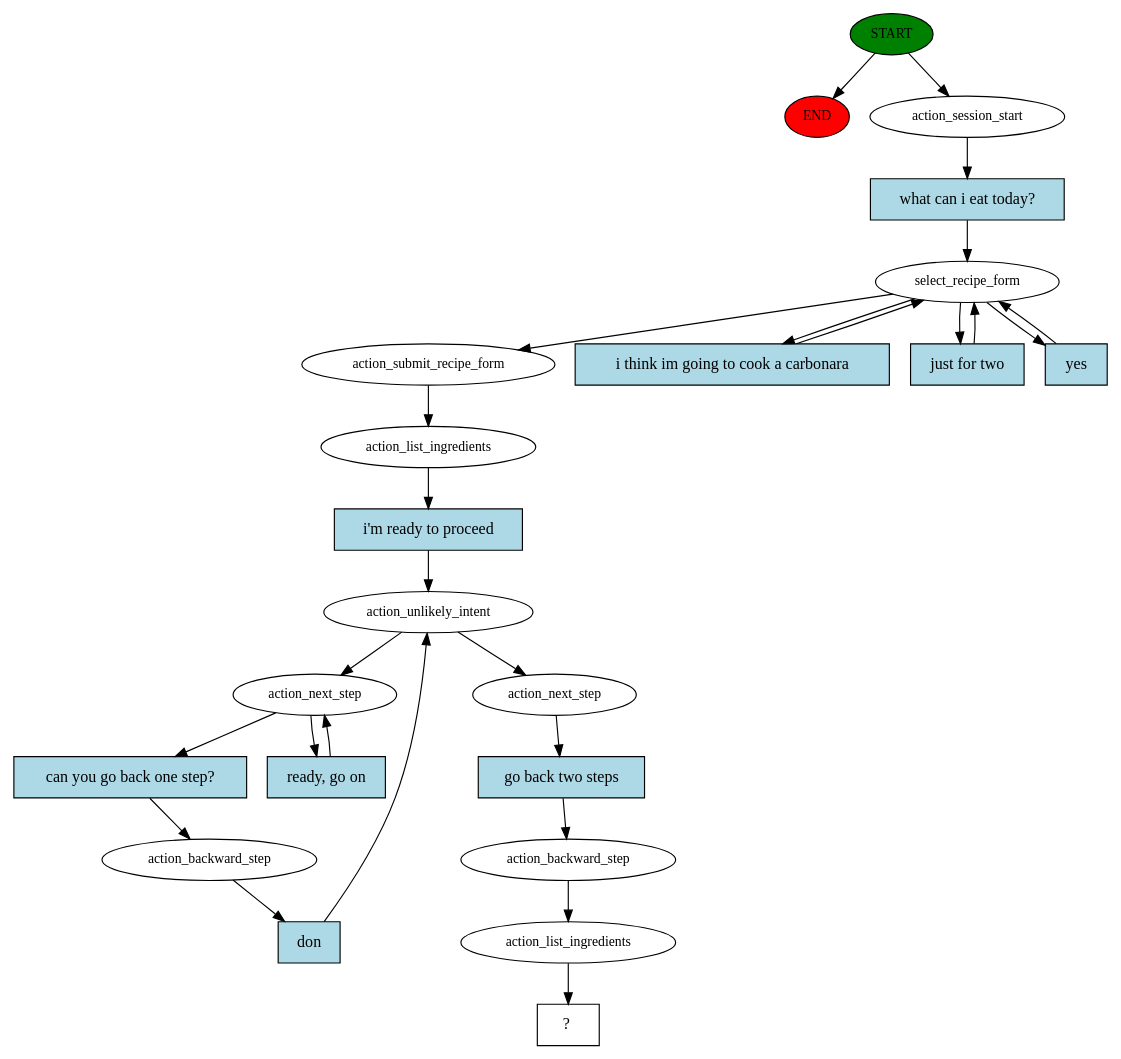
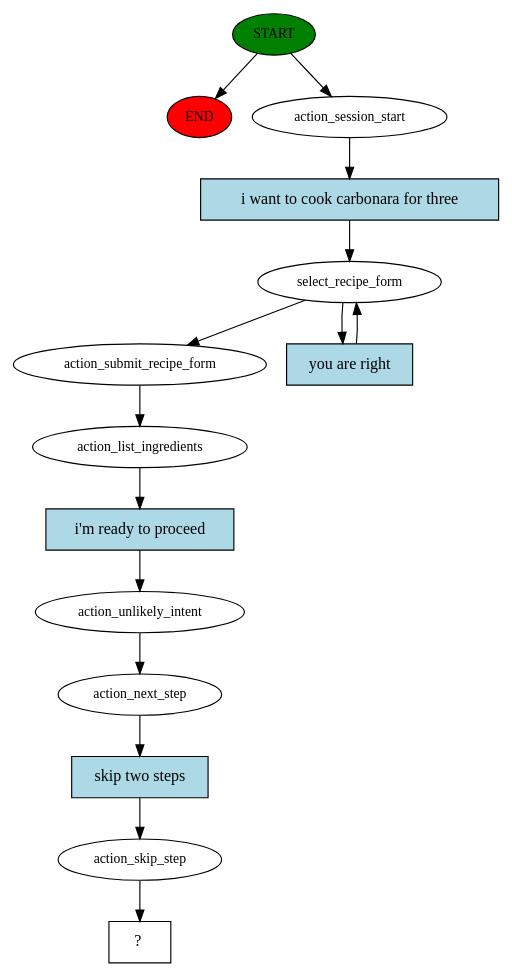
The diagram in story_graph.dot (anrigo/cooking-assistant-hmd), drawn with Graphviz before and after one commit. The commit also changed 5 other files, not shown here.

Commit message:
Skip step functionality

```diff
--- a/story_graph.dot
+++ b/story_graph.dot
@@ -1,50 +1,30 @@
 digraph  {
 0 [class="start active", fillcolor=green, fontsize=12, label=START, style=filled];
 "-1" [class=end, fillcolor=red, fontsize=12, label=END, style=filled];
 1 [class=active, fontsize=12, label=action_session_start];
 2 [class=active, fontsize=12, label=select_recipe_form];
-6 [class=active, fontsize=12, label=action_submit_recipe_form];
-7 [class=active, fontsize=12, label=action_list_ingredients];
-8 [class=active, fontsize=12, label=action_unlikely_intent];
-9 [class=active, fontsize=12, label=action_next_step];
-11 [class=active, fontsize=12, label=action_backward_step];
-13 [class=active, fontsize=12, label=action_next_step];
-14 [class=active, fontsize=12, label=action_backward_step];
-15 [class=active, fontsize=12, label=action_list_ingredients];
-16 [class="intent dashed active", label="  ?  ", shape=rect];
-17 [class="intent active", fillcolor=lightblue, label="what can i eat today?", shape=rect, style=filled];
-18 [class="intent active", fillcolor=lightblue, label="i think im going to cook a carbonara", shape=rect, style=filled];
-19 [class="intent active", fillcolor=lightblue, label="just for two", shape=rect, style=filled];
-20 [class="intent active", fillcolor=lightblue, label=yes, shape=rect, style=filled];
-21 [class="intent active", fillcolor=lightblue, label="i'm ready to proceed", shape=rect, style=filled];
-22 [class="intent active", fillcolor=lightblue, label="can you go back one step?", shape=rect, style=filled];
-23 [class="intent active", fillcolor=lightblue, label="ready, go on", shape=rect, style=filled];
-24 [class="intent active", fillcolor=lightblue, label=don, shape=rect, style=filled];
-25 [class="intent active", fillcolor=lightblue, label="go back two steps", shape=rect, style=filled];
+4 [class=active, fontsize=12, label=action_submit_recipe_form];
+5 [class=active, fontsize=12, label=action_list_ingredients];
+6 [class=active, fontsize=12, label=action_unlikely_intent];
+7 [class=active, fontsize=12, label=action_next_step];
+8 [class=active, fontsize=12, label=action_skip_step];
+9 [class="intent dashed active", label="  ?  ", shape=rect];
+10 [class="intent active", fillcolor=lightblue, label="i want to cook carbonara for three", shape=rect, style=filled];
+11 [class="intent active", fillcolor=lightblue, label="you are right", shape=rect, style=filled];
+12 [class="intent active", fillcolor=lightblue, label="i'm ready to proceed", shape=rect, style=filled];
+13 [class="intent active", fillcolor=lightblue, label="skip two steps", shape=rect, style=filled];
 0 -> "-1"  [class="", key=NONE, label=""];
 0 -> 1  [class=active, key=NONE, label=""];
-1 -> 17  [class=active, key=0];
-2 -> 6  [class=active, key=NONE, label=""];
-2 -> 18  [class=active, key=0];
-2 -> 19  [class=active, key=0];
-2 -> 20  [class=active, key=0];
+1 -> 10  [class=active, key=0];
+2 -> 4  [class=active, key=NONE, label=""];
+2 -> 11  [class=active, key=0];
+4 -> 5  [class=active, key=NONE, label=""];
+5 -> 12  [class=active, key=0];
 6 -> 7  [class=active, key=NONE, label=""];
-7 -> 21  [class=active, key=0];
+7 -> 13  [class=active, key=0];
 8 -> 9  [class=active, key=NONE, label=""];
-8 -> 13  [class=active, key=NONE, label=""];
-9 -> 22  [class=active, key=0];
-9 -> 23  [class=active, key=0];
-11 -> 24  [class=active, key=0];
-13 -> 25  [class=active, key=0];
-14 -> 15  [class=active, key=NONE, label=""];
-15 -> 16  [class=active, key=NONE, label=""];
-17 -> 2  [class=active, key=0];
-18 -> 2  [class=active, key=0];
-19 -> 2  [class=active, key=0];
-20 -> 2  [class=active, key=0];
-21 -> 8  [class=active, key=0];
-22 -> 11  [class=active, key=0];
-23 -> 9  [class=active, key=0];
-24 -> 8  [class=active, key=0];
-25 -> 14  [class=active, key=0];
+10 -> 2  [class=active, key=0];
+11 -> 2  [class=active, key=0];
+12 -> 6  [class=active, key=0];
+13 -> 8  [class=active, key=0];
 }
```
